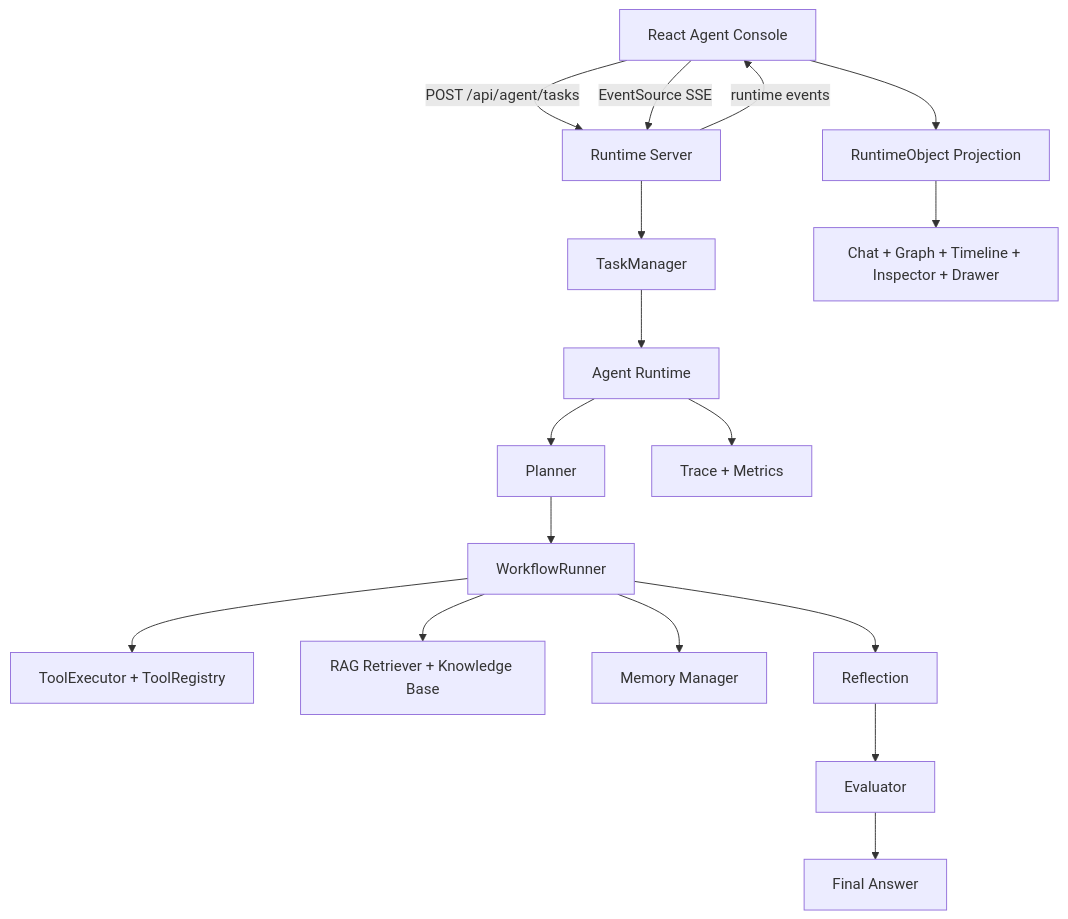
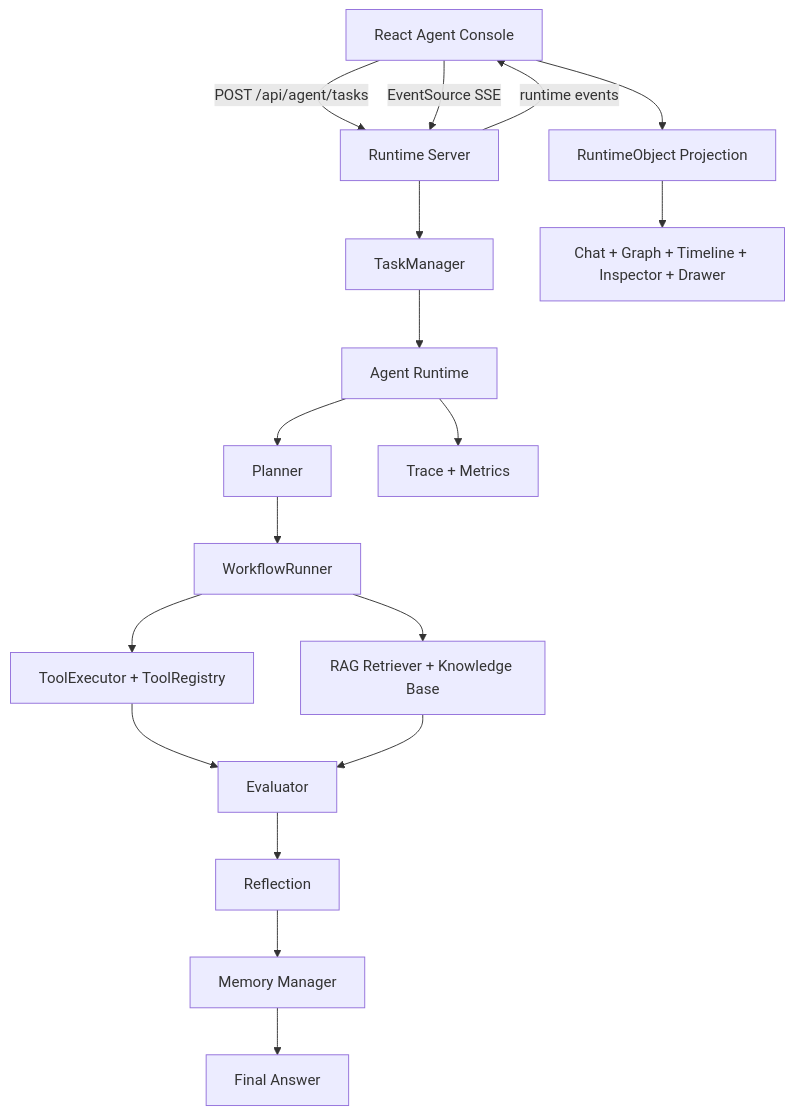
The diagram in README.md (novedu/agent-studio), drawn with Mermaid before and after one commit. The commit also changed other lines of this file and 59 other files, not shown here.

````diff
--- a/README.md
+++ b/README.md
@@ -49,19 +51,20 @@
 ```mermaid
 flowchart TD
   A[React Agent Console] -->|POST /api/agent/tasks| B[Runtime Server]
   A -->|EventSource SSE| B
   B --> C[TaskManager]
   C --> D[Agent Runtime]
   D --> E[Planner]
   E --> F[WorkflowRunner]
   F --> G[ToolExecutor + ToolRegistry]
   F --> H[RAG Retriever + Knowledge Base]
-  F --> I[Memory Manager]
-  F --> J[Reflection]
-  J --> K[Evaluator]
-  K --> L[Final Answer]
+  G --> K[Evaluator]
+  H --> K
+  K --> J[Reflection]
+  J --> I[Memory Manager]
+  I --> L[Final Answer]
   D --> M[Trace + Metrics]
   B -->|runtime events| A
   A --> N[RuntimeObject Projection]
   N --> O[Chat + Graph + Timeline + Inspector + Drawer]
 ```
````
